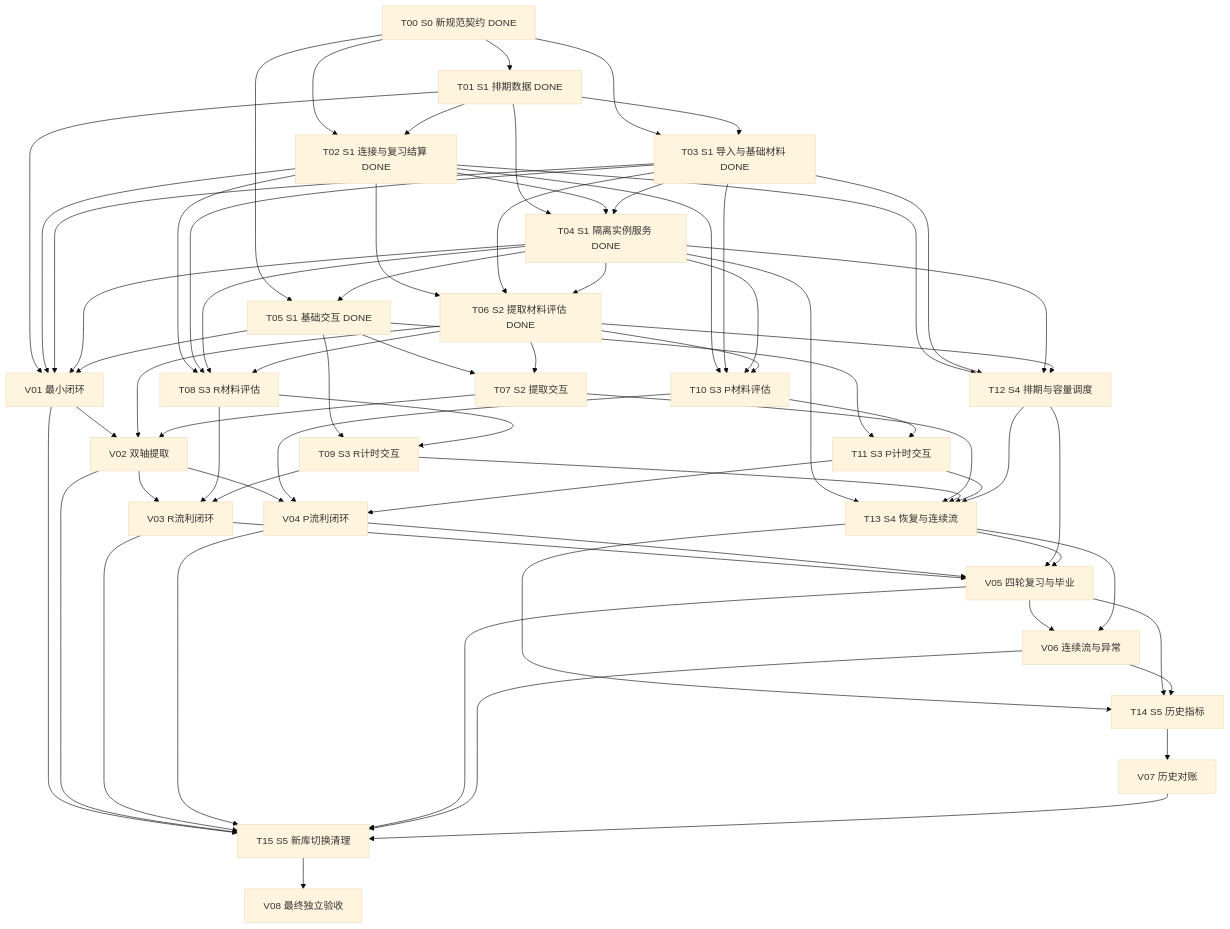
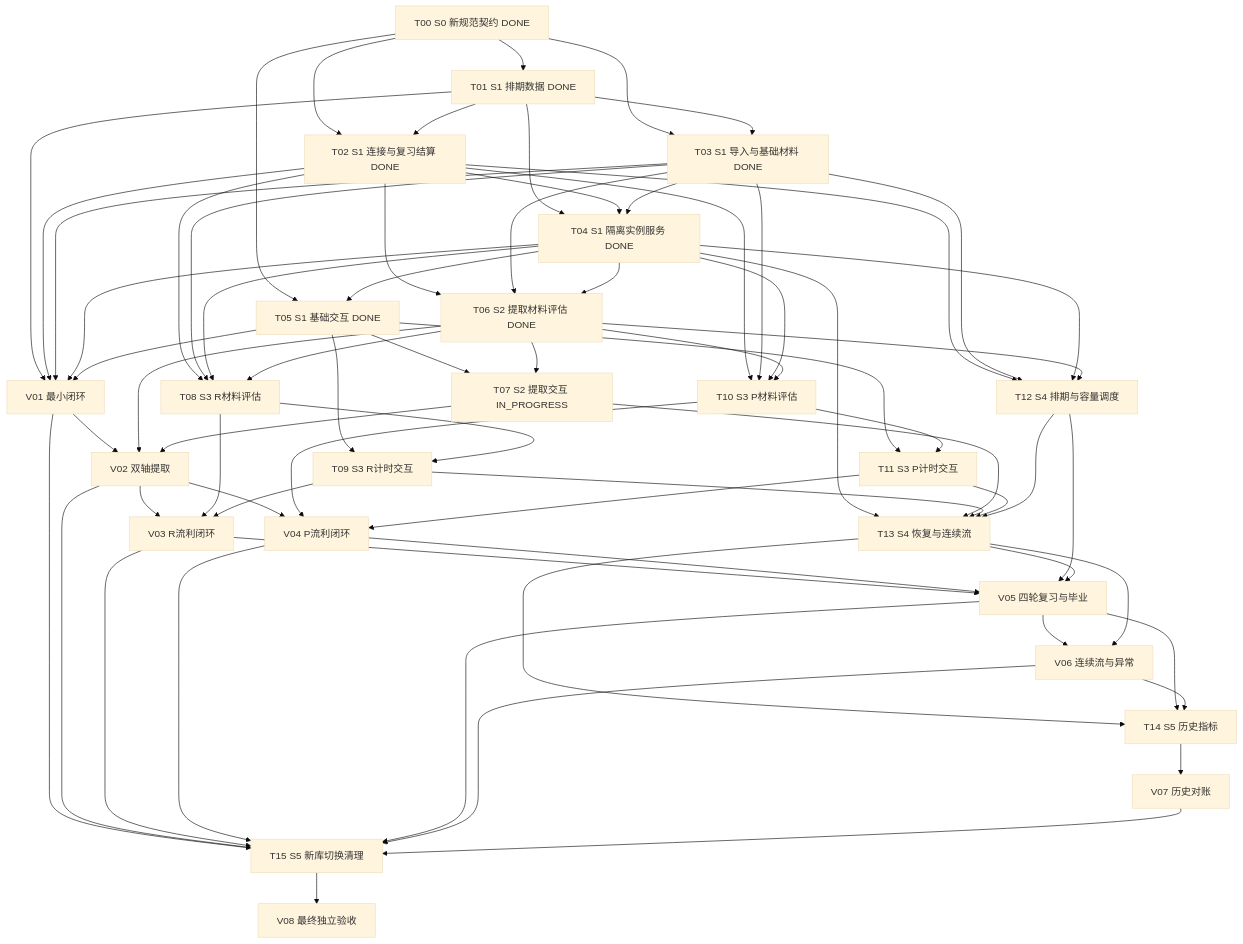
One commit to logact/flow changed the diagram in docs/task-implementation-new-algorithm.md. Above: the diagram before and after it, drawn with Mermaid (base theme). The commit also changed other lines of this file and 1 other file, not shown here.

```diff
--- a/docs/task-implementation-new-algorithm.md
+++ b/docs/task-implementation-new-algorithm.md
@@ -339,7 +340,7 @@
   T05["T05 S1 基础交互 DONE"]
   V01["V01 最小闭环"]
   T06["T06 S2 提取材料评估 DONE"]
-  T07["T07 S2 提取交互"]
+  T07["T07 S2 提取交互 IN_PROGRESS"]
   V02["V02 双轴提取"]
   T08["T08 S3 R材料评估"]
   T09["T09 S3 R计时交互"]
```
